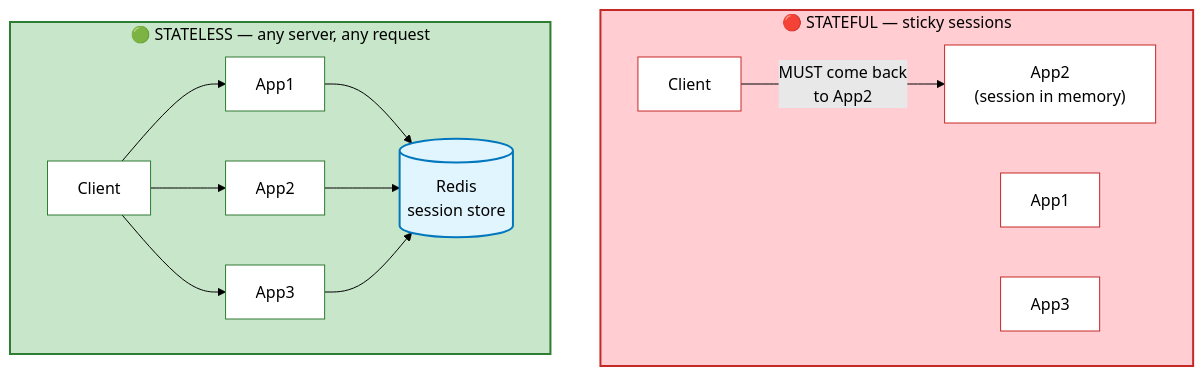
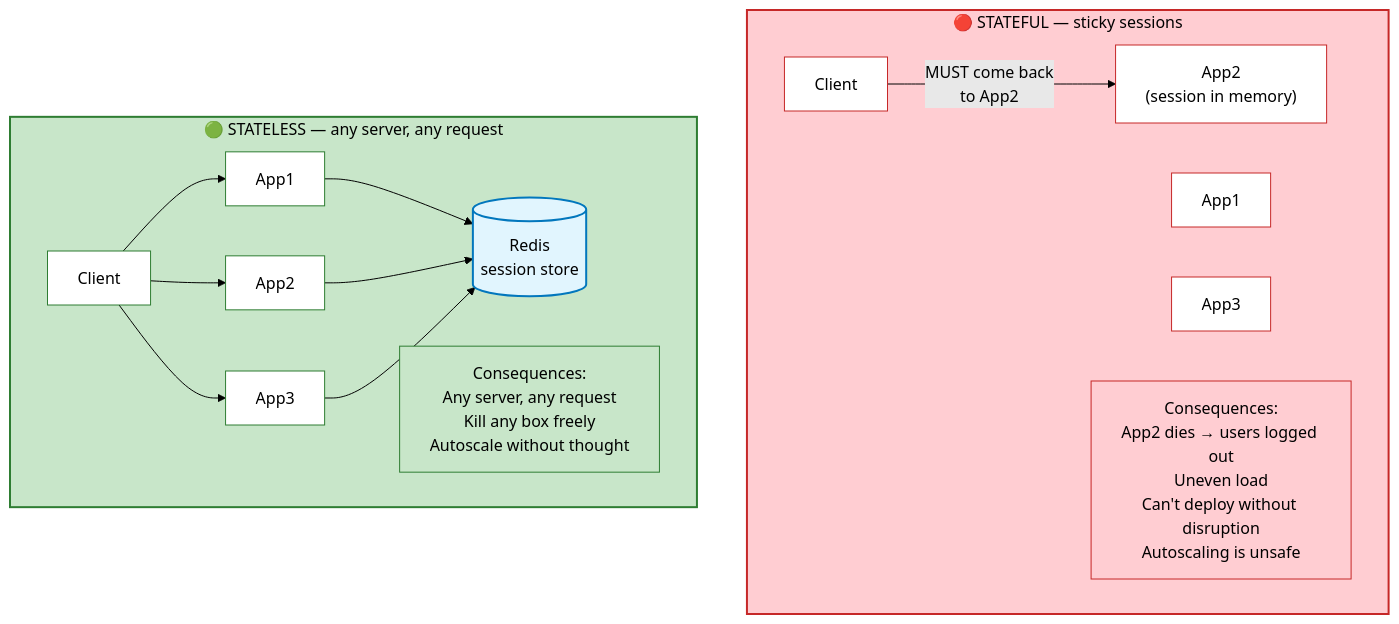
The eighth of 27 diagrams in 05-system-design/00-fundamentals.md (stormdigger/Interviewzz), drawn with Mermaid (forest theme) before and after one commit. The commit also changed other lines of this file and 5 other files, not shown here.

````diff
--- a/05-system-design/00-fundamentals.md
+++ b/05-system-design/00-fundamentals.md
@@ -348,30 +284,34 @@
 ```mermaid
 flowchart TD
     subgraph Stateful["🔴 STATEFUL — sticky sessions"]
         direction LR
         C1["Client"] -->|"MUST come back<br/>to App2"| S2["App2<br/>(session in memory)"]
         S1b["App1"]
         S3b["App3"]
+        SC1["Consequences:<br/>App2 dies → users logged out<br/>Uneven load<br/>Can't deploy without disruption<br/>Autoscaling is unsafe"]
     end
     subgraph Stateless["🟢 STATELESS — any server, any request"]
         direction LR
         C2["Client"] --> S1["App1"]
         C2 --> S2b["App2"]
         C2 --> S3["App3"]
         S1 --> Redis[("Redis<br/>session store")]
         S2b --> Redis
         S3 --> Redis
+        SC2["Consequences:<br/>Any server, any request<br/>Kill any box freely<br/>Autoscale without thought"]
     end
 
     style Stateful fill:#ffcdd2,stroke:#c62828,stroke-width:2px,color:#000
     style Stateless fill:#c8e6c9,stroke:#2e7d32,stroke-width:2px,color:#000
     style C1 fill:#fff,stroke:#c62828,color:#000
     style S2 fill:#fff,stroke:#c62828,color:#000
     style S1b fill:#fff,stroke:#c62828,color:#000
     style S3b fill:#fff,stroke:#c62828,color:#000
+    style SC1 fill:#ffcdd2,stroke:#c62828,color:#000
     style C2 fill:#fff,stroke:#2e7d32,color:#000
     style S1 fill:#fff,stroke:#2e7d32,color:#000
     style S2b fill:#fff,stroke:#2e7d32,color:#000
     style S3 fill:#fff,stroke:#2e7d32,color:#000
+    style SC2 fill:#c8e6c9,stroke:#2e7d32,color:#000
     style Redis fill:#e1f5fe,stroke:#0277bd,stroke-width:2px,color:#000
 ```
````
